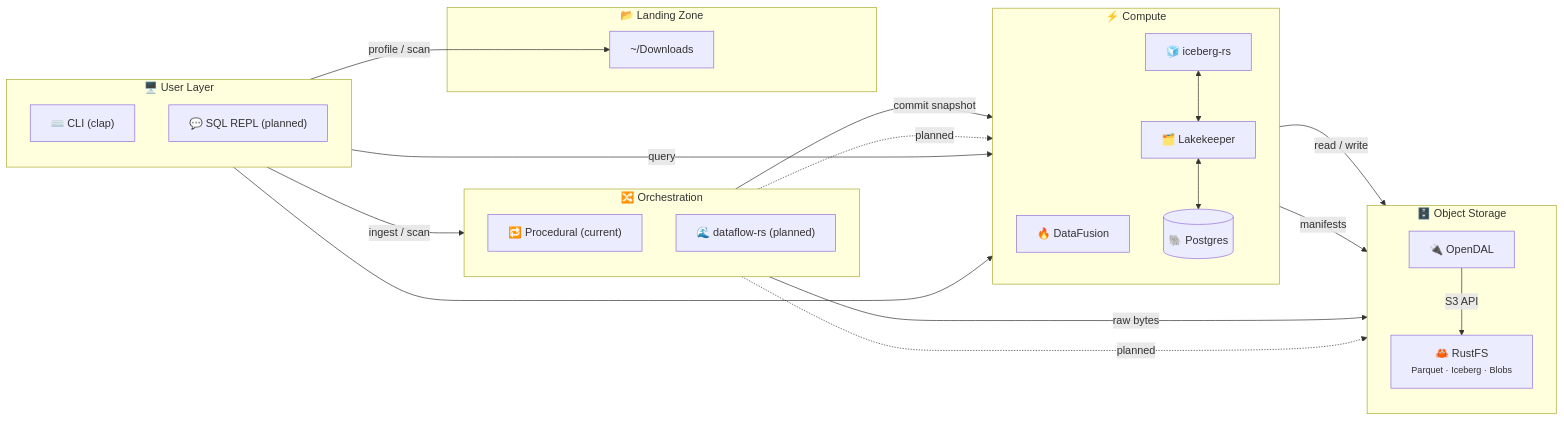
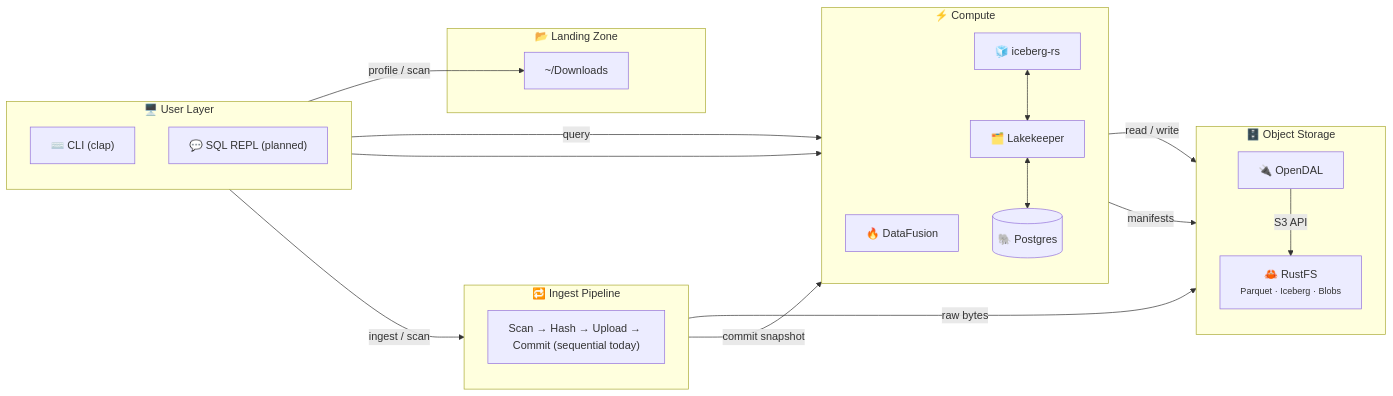
One commit to sm4rtm4art/anti_entropator changed the first of 2 diagrams in docs/design/architecture.md. Above: the diagram before and after it, drawn with Mermaid. The commit also changed other lines of this file and 7 other files, not shown here.

````diff
--- a/docs/design/architecture.md
+++ b/docs/design/architecture.md
@@ -9,47 +9,44 @@
 ```mermaid
 flowchart LR
     subgraph UL["🖥️  User Layer"]
         direction TB
         CLI["⌨️  CLI (clap)"]
         REPL["💬  SQL REPL (planned)"]
     end
 
-    subgraph OR["🔀  Orchestration"]
+    subgraph OR["🔁  Ingest Pipeline"]
         direction TB
-        PROC["🔁  Procedural (current)"]
-        DFRS["🌊  dataflow-rs (planned)"]
+        PROC["Scan → Hash → Upload → Commit (sequential today)"]
     end
 
     subgraph CP["⚡  Compute"]
         direction TB
         DF["🔥  DataFusion"]
         ICE["🧊  iceberg-rs"]
         CAT["🗂️  Lakekeeper"]
         PG[("🐘  Postgres")]
         ICE <--> CAT <--> PG
     end
 
     subgraph ST["🗄️  Object Storage"]
         direction TB
         IO["🔌  OpenDAL"]
         RFS["🦀  RustFS<br/><small>Parquet · Iceberg · Blobs</small>"]
         IO -->|S3 API| RFS
     end
 
     subgraph LZ["📂  Landing Zone"]
         Downloads["~/Downloads"]
     end
 
     CLI -->|"profile / scan"| Downloads
     CLI -->|"ingest / scan"| PROC
     CLI -->|query| DF
     REPL --> DF
 
     PROC -->|"raw bytes"| IO
     PROC -->|"commit snapshot"| ICE
-    DFRS -.->|"planned"| IO
-    DFRS -.->|"planned"| ICE
 
     DF -->|"read / write"| IO
     ICE -->|manifests| IO
 ```
````
